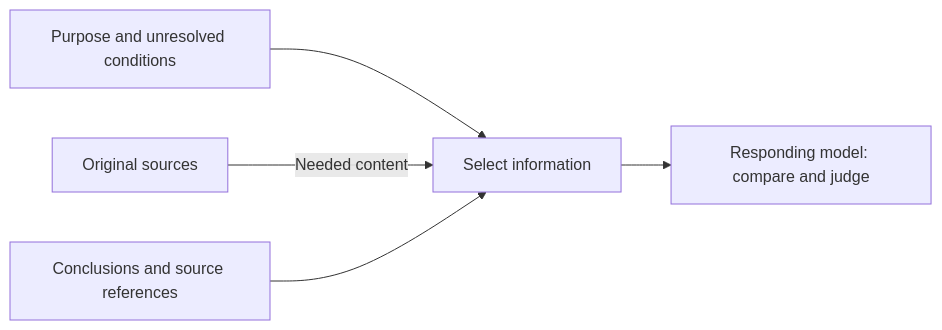
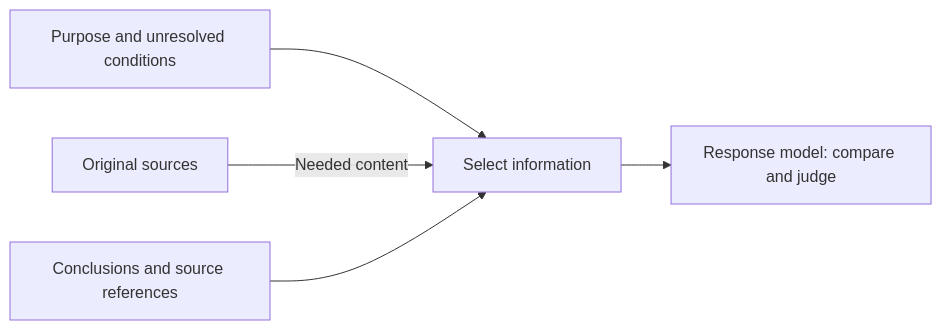
The fourth of 5 diagrams in architecture.md (AidALL/ghost-alice), drawn with Mermaid before and after one commit. The commit also changed other lines of this file and 43 other files, not shown here.

````diff
--- a/architecture.md
+++ b/architecture.md
@@ -86,7 +86,7 @@
 ```mermaid
 flowchart LR
   U["Purpose and unresolved conditions"] --> D["Select information"]
   O["Original sources"] -->|Needed content| D
   R["Conclusions and source references"] --> D
-  D --> M["Responding model: compare and judge"]
+  D --> M["Response model: compare and judge"]
 ```
````
